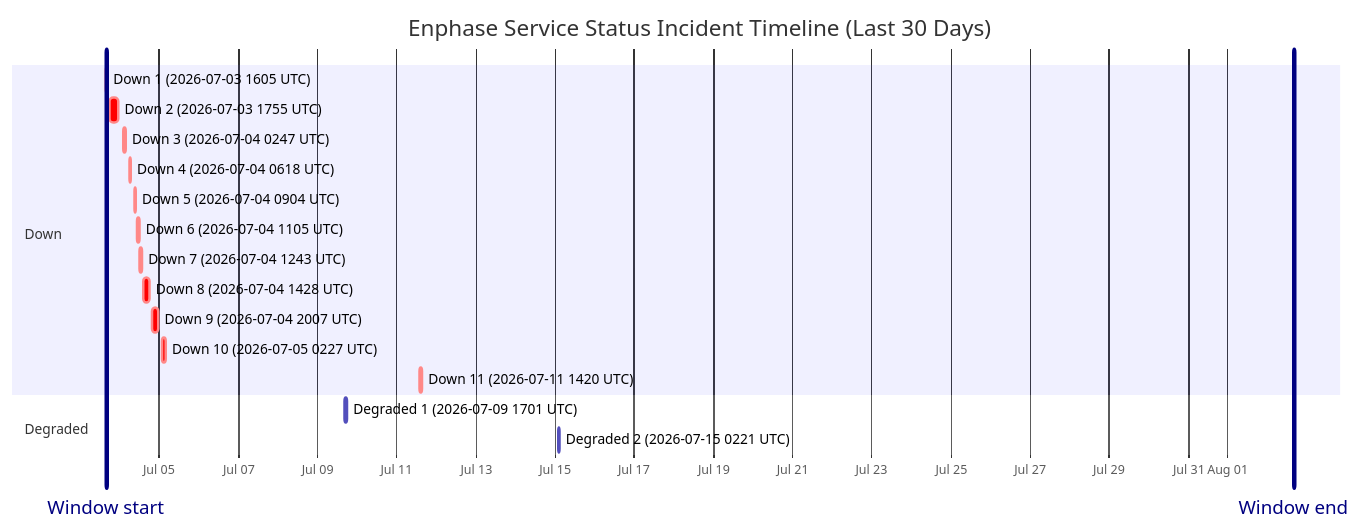
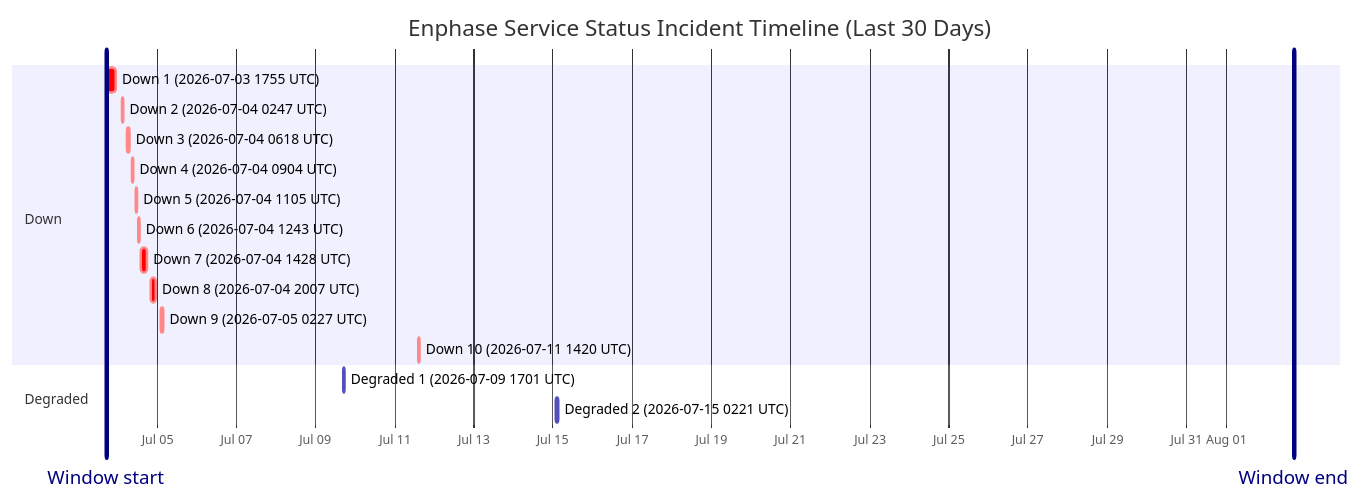
The diagram in wiki/Service-Status-History.md (barneyonline/ha-enphase-energy), drawn with Mermaid before and after one commit. The commit also changed other lines of this file and 3 other files, not shown here.

````diff
--- a/wiki/Service-Status-History.md
+++ b/wiki/Service-Status-History.md
@@ -14,23 +14,22 @@
 ```mermaid
 gantt
     title Enphase Service Status Incident Timeline (Last 30 Days)
     dateFormat  YYYY-MM-DDTHH:mm:ss
     axisFormat  %b %d
-    Window start :vert, window-start, 2026-07-03T15:59:17, 0ms
-    Window end :vert, window-end, 2026-08-02T15:59:17, 0ms
+    Window start :vert, window-start, 2026-07-03T17:09:34, 0ms
+    Window end :vert, window-end, 2026-08-02T17:09:34, 0ms
     section Down
-    Down 1 (2026-07-03 1605 UTC) :crit, down-1, 2026-07-03T16:05:49, 60m
-    Down 2 (2026-07-03 1755 UTC) :crit, down-2, 2026-07-03T17:55:54, 338m
-    Down 3 (2026-07-04 0247 UTC) :crit, down-3, 2026-07-04T02:47:22, 60m
-    Down 4 (2026-07-04 0618 UTC) :crit, down-4, 2026-07-04T06:18:09, 60m
-    Down 5 (2026-07-04 0904 UTC) :crit, down-5, 2026-07-04T09:04:41, 60m
-    Down 6 (2026-07-04 1105 UTC) :crit, down-6, 2026-07-04T11:05:21, 60m
-    Down 7 (2026-07-04 1243 UTC) :crit, down-7, 2026-07-04T12:43:25, 60m
-    Down 8 (2026-07-04 1428 UTC) :crit, down-8, 2026-07-04T14:28:07, 243m
-    Down 9 (2026-07-04 2007 UTC) :crit, down-9, 2026-07-04T20:07:50, 206m
-    Down 10 (2026-07-05 0227 UTC) :crit, down-10, 2026-07-05T02:27:32, 109m
-    Down 11 (2026-07-11 1420 UTC) :crit, down-11, 2026-07-11T14:20:54, 69m
+    Down 1 (2026-07-03 1755 UTC) :crit, down-1, 2026-07-03T17:55:54, 338m
+    Down 2 (2026-07-04 0247 UTC) :crit, down-2, 2026-07-04T02:47:22, 60m
+    Down 3 (2026-07-04 0618 UTC) :crit, down-3, 2026-07-04T06:18:09, 60m
+    Down 4 (2026-07-04 0904 UTC) :crit, down-4, 2026-07-04T09:04:41, 60m
+    Down 5 (2026-07-04 1105 UTC) :crit, down-5, 2026-07-04T11:05:21, 60m
+    Down 6 (2026-07-04 1243 UTC) :crit, down-6, 2026-07-04T12:43:25, 60m
+    Down 7 (2026-07-04 1428 UTC) :crit, down-7, 2026-07-04T14:28:07, 243m
+    Down 8 (2026-07-04 2007 UTC) :crit, down-8, 2026-07-04T20:07:50, 206m
+    Down 9 (2026-07-05 0227 UTC) :crit, down-9, 2026-07-05T02:27:32, 109m
+    Down 10 (2026-07-11 1420 UTC) :crit, down-10, 2026-07-11T14:20:54, 69m
     section Degraded
     Degraded 1 (2026-07-09 1701 UTC) :active, degraded-1, 2026-07-09T17:01:02, 60m
     Degraded 2 (2026-07-15 0221 UTC) :active, degraded-2, 2026-07-15T02:21:35, 60m
 ```
````
